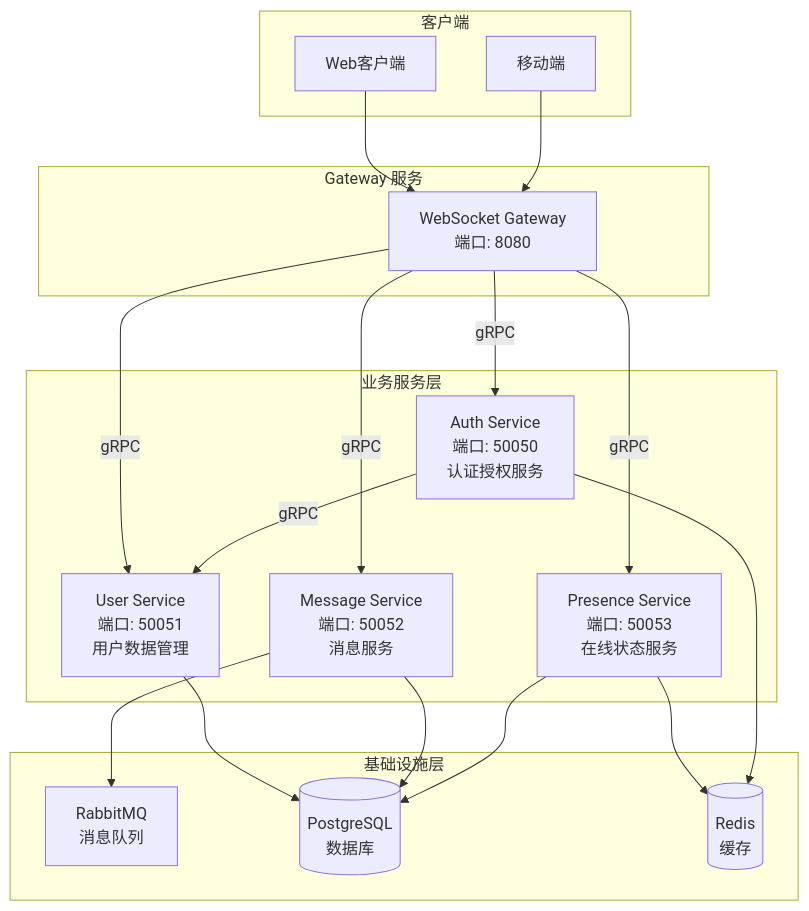
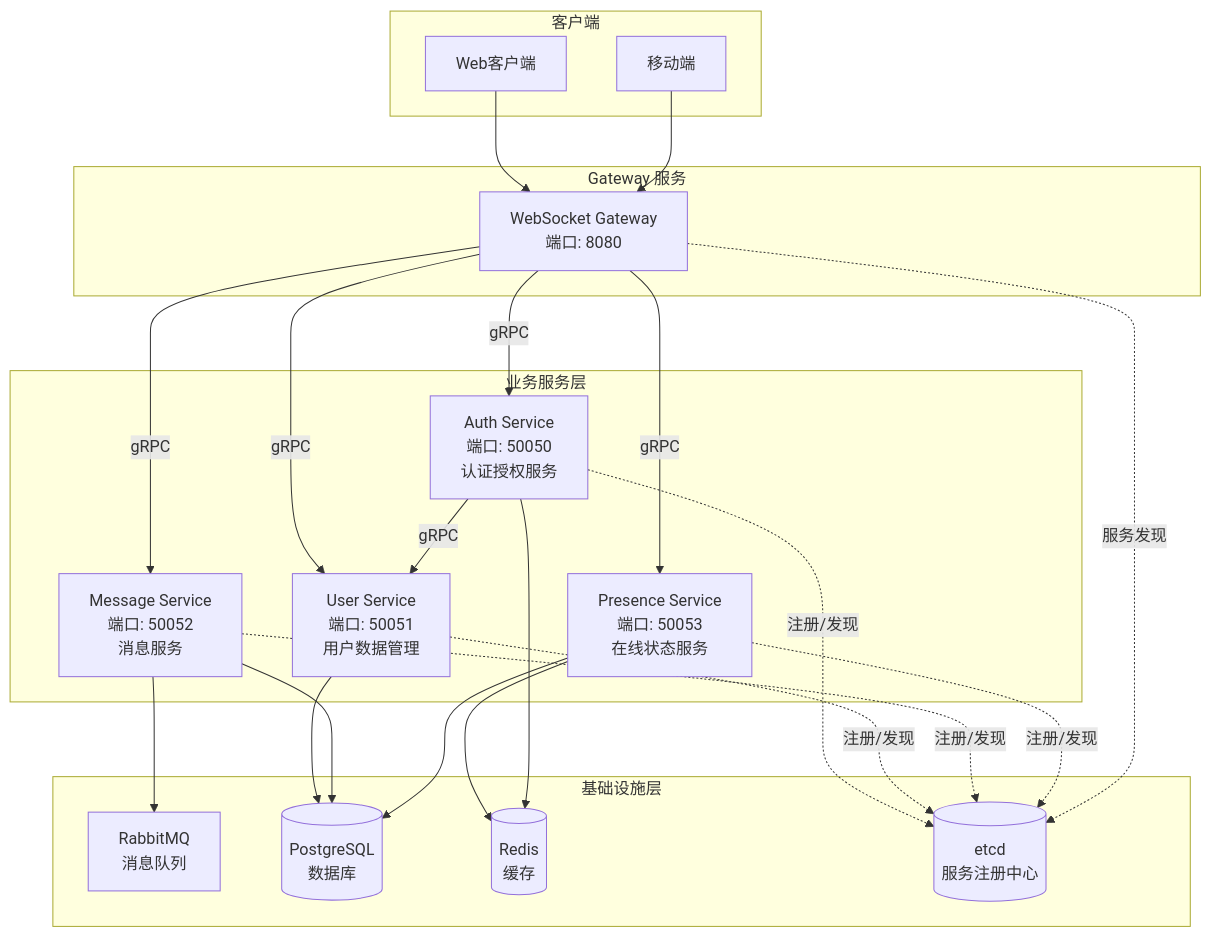
Before and after one commit to HappyLadySauce/Beehive: the first of 2 diagrams in docs/dev/04-完整开发指南.md, drawn with Mermaid. The commit also changed other lines of this file and 47 other files, not shown here.

````diff
--- a/docs/dev/04-完整开发指南.md
+++ b/docs/dev/04-完整开发指南.md
@@ -13,38 +13,45 @@
 ```mermaid
 graph TB
     subgraph Clients["客户端"]
         Web[Web客户端]
         Mobile[移动端]
     end
     
     subgraph Gateway["Gateway 服务"]
         WS[WebSocket Gateway<br/>端口: 8080]
     end
     
     subgraph Services["业务服务层"]
         AS[Auth Service<br/>端口: 50050<br/>认证授权服务]
         US[User Service<br/>端口: 50051<br/>用户数据管理]
         MS[Message Service<br/>端口: 50052<br/>消息服务]
         PS[Presence Service<br/>端口: 50053<br/>在线状态服务]
     end
     
     subgraph Infrastructure["基础设施层"]
         MQ[RabbitMQ<br/>消息队列]
         DB[(PostgreSQL<br/>数据库)]
         Redis[(Redis<br/>缓存)]
+        Etcd[(etcd<br/>服务注册中心)]
     end
     
     Web --> WS
     Mobile --> WS
     WS -->|gRPC| AS
     WS -->|gRPC| US
     WS -->|gRPC| MS
     WS -->|gRPC| PS
     MS --> MQ
     PS --> Redis
     AS --> Redis
     AS -->|gRPC| US
     US --> DB
     MS --> DB
     PS --> DB
+    
+    AS -.->|注册/发现| Etcd
+    US -.->|注册/发现| Etcd
+    MS -.->|注册/发现| Etcd
+    PS -.->|注册/发现| Etcd
+    WS -.->|服务发现| Etcd
 ```
````
